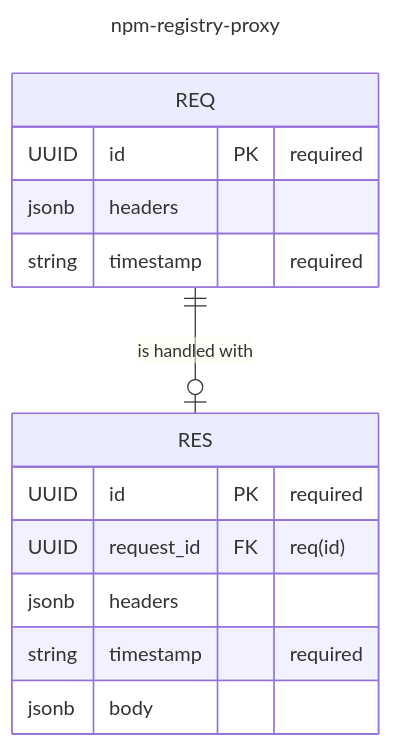
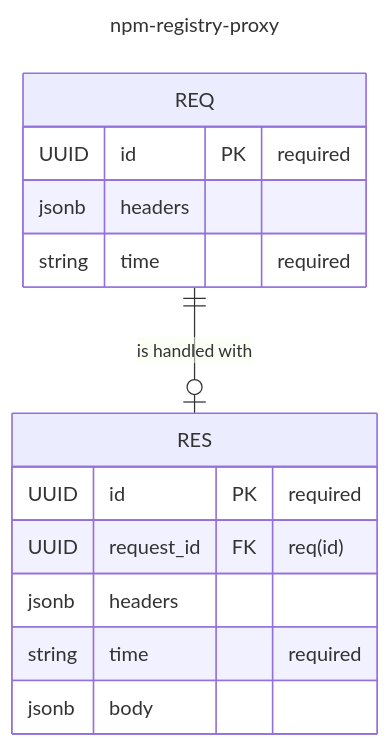
Before and after one commit to eisukeesaki/npm-registry-api-proxy: the diagram in appdata/diagrams/entity-relationship-diagram.mmd, drawn with Mermaid. The commit also changed 3 other files, not shown here.

Commit message:
fixed name in ERD

```diff
--- a/appdata/diagrams/entity-relationship-diagram.mmd
+++ b/appdata/diagrams/entity-relationship-diagram.mmd
@@ -1,17 +1,17 @@
 ---
 title: npm-registry-proxy
 ---
 erDiagram
     REQ ||--o| RES: "is handled with"
     REQ {
         UUID id PK "required"
         jsonb headers
-        string timestamp "required"
+        string time "required"
     }
     RES {
         UUID id PK "required"
         UUID request_id FK "req(id)"
         jsonb headers
-        string timestamp "required"
+        string time "required"
         jsonb body
     }
```
